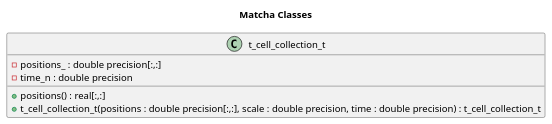
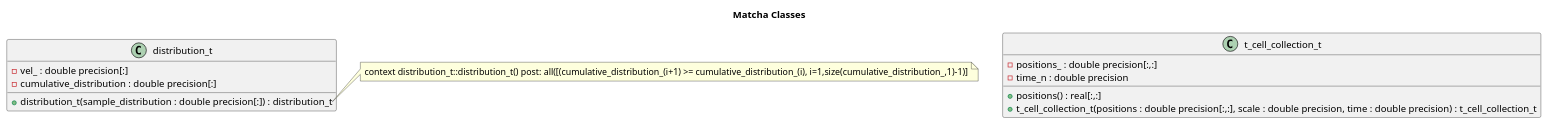
One commit to BerkeleyLab/matcha changed the diagram in doc/class-diagram.puml. Above: the diagram before and after it, drawn with PlantUML.

Commit message:
doc(UML): add distribution_t class & postcondition

```diff
--- a/doc/class-diagram.puml
+++ b/doc/class-diagram.puml
@@ -1,12 +1,21 @@
 @startuml
 
 Title "Matcha Classes"
 
 class t_cell_collection_t{
   - positions_ : double precision[:,:]
   - time_n : double precision
   + positions() : real[:,:]
   + t_cell_collection_t(positions : double precision[:,:], scale : double precision, time : double precision) : t_cell_collection_t
 }
 
+class distribution_t{
+  - vel_ : double precision[:]
+  - cumulative_distribution : double precision[:]
+  + distribution_t(sample_distribution : double precision[:]) : distribution_t
+}
+note right of distribution_t::distribution_t
+  context distribution_t::distribution_t() post: all([(cumulative_distribution_(i+1) >= cumulative_distribution_(i), i=1,size(cumulative_distribution_,1)-1)]
+end note
+
 @enduml
```
